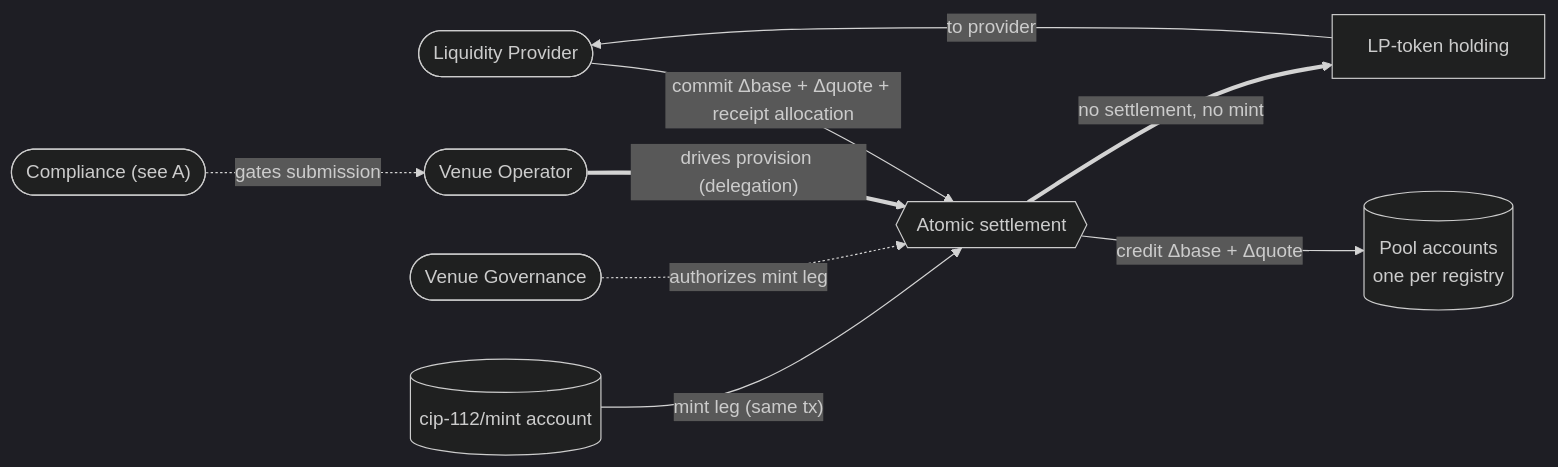
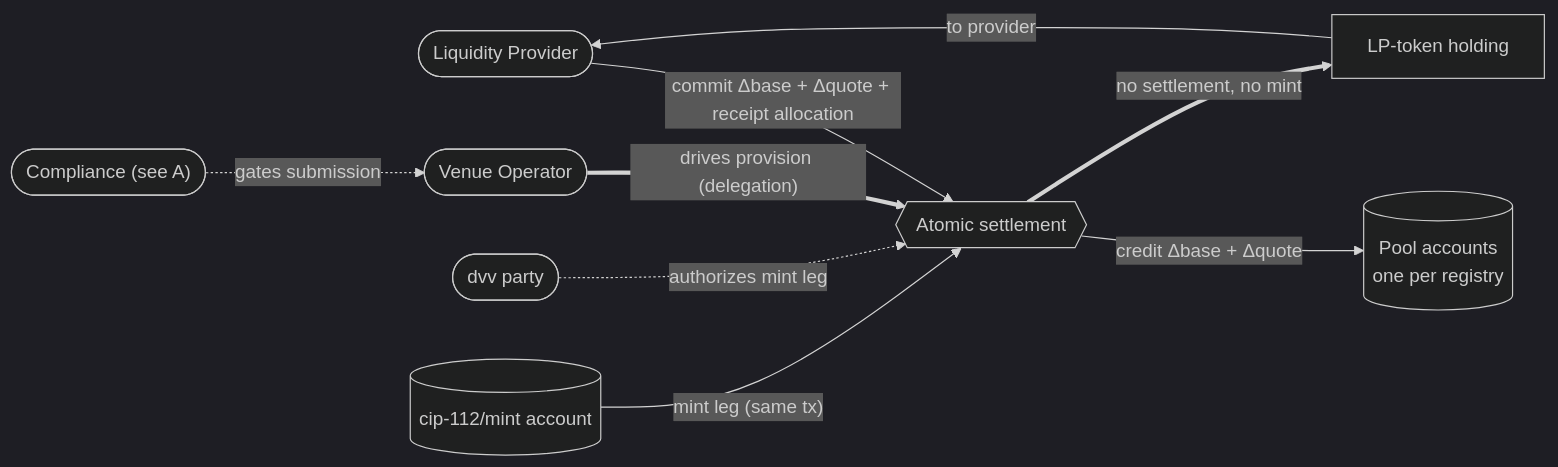
Before and after one commit to OpenZeppelin/canton-specs: the third of 4 diagrams in docs/reference-architectures/dex.md, drawn with Mermaid (dark theme). The commit also changed other lines of this file, not shown here.

Commit message:
Switch naming to dvv and vo, for simplicity.

````diff
--- a/docs/reference-architectures/dex.md
+++ b/docs/reference-architectures/dex.md
@@ -370,20 +370,20 @@
 ```mermaid
 flowchart LR
     LP([Liquidity Provider])
     Compliance(["Compliance (see A)"])
     Operator([Venue Operator])
-    Governance([Venue Governance])
+    Governance([dvv party])
     Settle{{Atomic settlement}}
     PoolAcct[("Pool accounts<br/>one per registry")]
     Mint[("cip-112/mint account")]
     LPtok["LP-token holding"]
 
     Compliance -.->|"gates submission"| Operator
     Operator ==>|"drives provision (delegation)"| Settle
     LP -->|"commit Δbase + Δquote + receipt allocation"| Settle
     Governance -.->|"authorizes mint leg"| Settle
     Mint -->|"mint leg (same tx)"| Settle
     Settle -->|"credit Δbase + Δquote"| PoolAcct
     Settle ==>|"no settlement, no mint"| LPtok
     LPtok -->|"to provider"| LP
 ```
````
